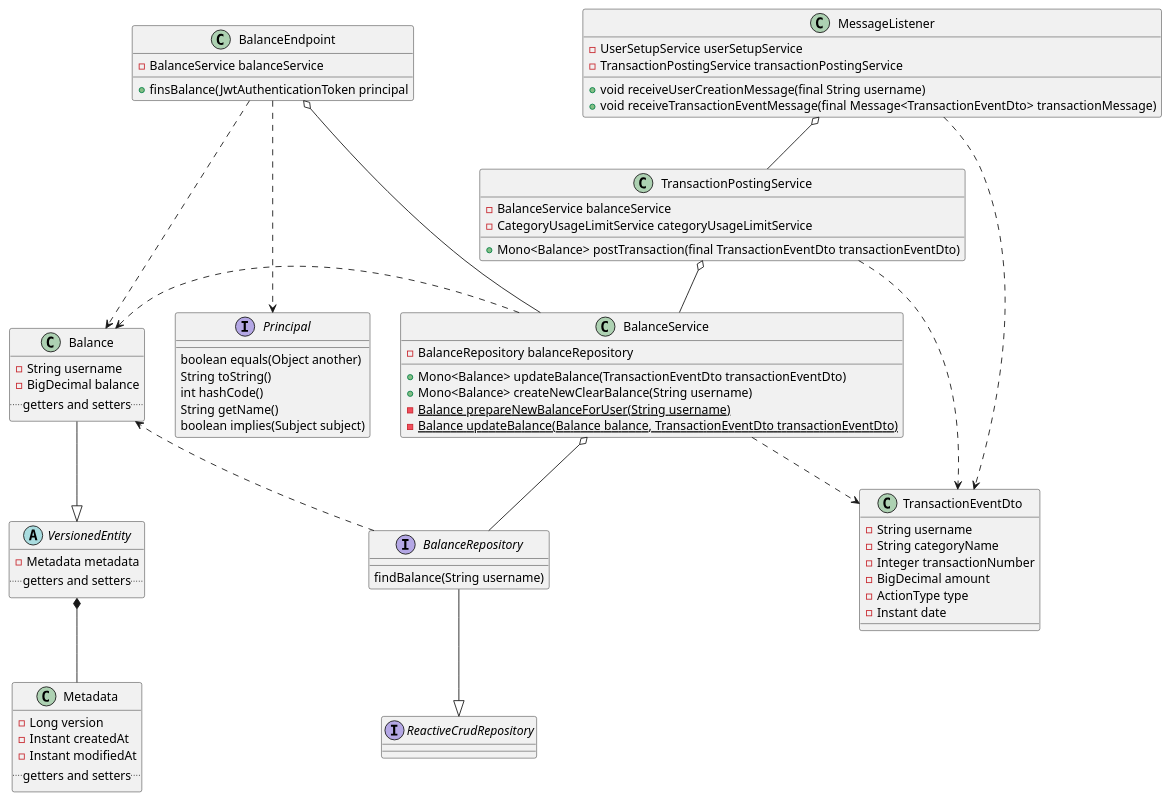
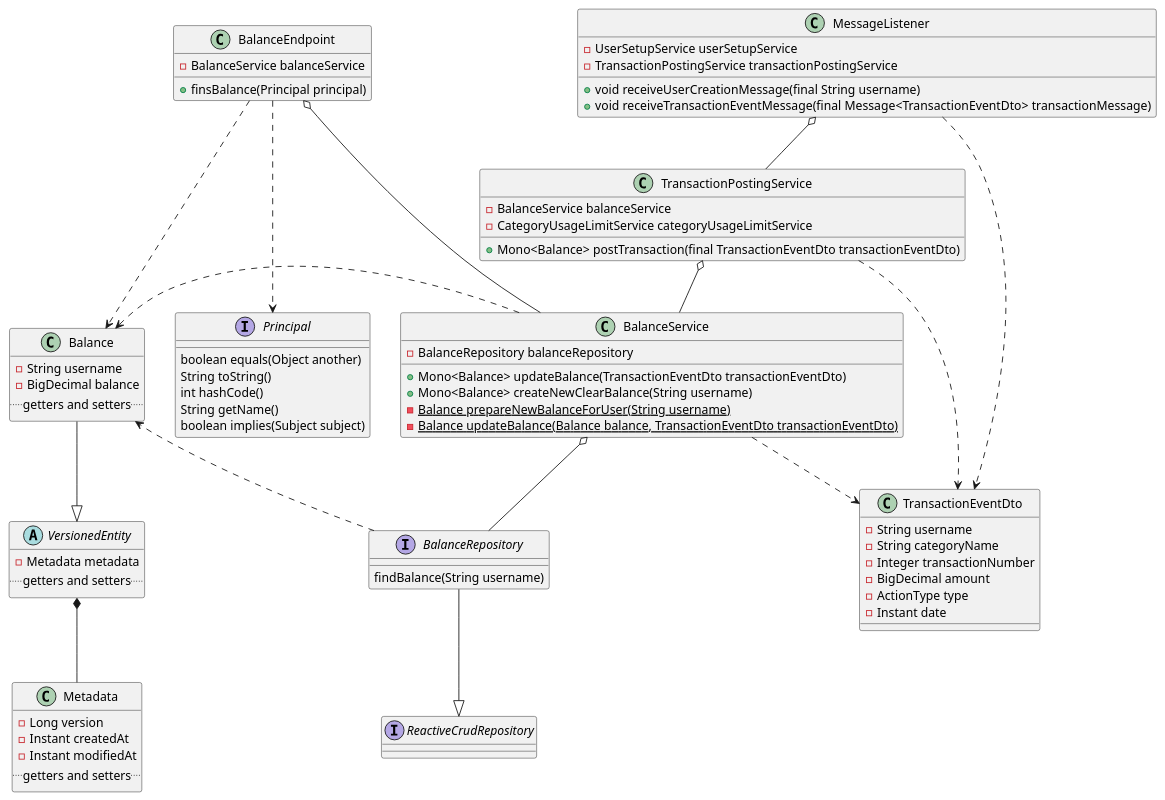
Before and after one commit to lukaszse/simple-bills: the diagram in planning/diagrams/balance-class-doagra.puml, drawn with PlantUML. The commit also changed 2 other files, not shown here.

Commit message:
improve transaction management class diagrams

```diff
--- a/planning/diagrams/balance-class-doagra.puml
+++ b/planning/diagrams/balance-class-doagra.puml
@@ -1,86 +1,86 @@
 @startuml
 'https://plantuml.com/class-diagram
 
 class MessageListener {
     -UserSetupService userSetupService
     -TransactionPostingService transactionPostingService
     +void receiveUserCreationMessage(final String username)
     +void receiveTransactionEventMessage(final Message<TransactionEventDto> transactionMessage)
 }
 
 class TransactionPostingService{
     -BalanceService balanceService
     -CategoryUsageLimitService categoryUsageLimitService
     +Mono<Balance> postTransaction(final TransactionEventDto transactionEventDto)
 }
 
 class BalanceEndpoint {
     -BalanceService balanceService
-    +finsBalance(JwtAuthenticationToken principal
+    +finsBalance(Principal principal)
 }
 
 class Balance {
     -String username
     -BigDecimal balance
     .. getters and setters ..
 }
 
 abstract class VersionedEntity {
     -Metadata metadata
     .. getters and setters ..
 }
 
 class Metadata {
     -Long version
     -Instant createdAt
     -Instant modifiedAt
     .. getters and setters ..
 }
 
 class BalanceService {
     -BalanceRepository balanceRepository
     +Mono<Balance> updateBalance(TransactionEventDto transactionEventDto)
     +Mono<Balance> createNewClearBalance(String username)
     -{static} Balance prepareNewBalanceForUser(String username)
     -{static}Balance updateBalance(Balance balance, TransactionEventDto transactionEventDto)
 }
 
 interface Principal {
     boolean equals(Object another)
     String toString()
     int hashCode()
     String getName()
     boolean implies(Subject subject)
 }
 
 interface BalanceRepository {
     findBalance(String username)
 }
 
 class TransactionEventDto {
         -String username
         -String categoryName
         -Integer transactionNumber
         -BigDecimal amount
         -ActionType type
         -Instant date
 }
 
 interface ReactiveCrudRepository
 
 MessageListener o-- TransactionPostingService
 TransactionPostingService o-- BalanceService
 BalanceEndpoint ...> Principal
 BalanceEndpoint o--- BalanceService
 BalanceEndpoint ..> Balance
 BalanceService .left.> Balance
 BalanceRepository ..> Balance
 BalanceService o-- BalanceRepository
 BalanceRepository --|> ReactiveCrudRepository
 BalanceService ..> TransactionEventDto
 MessageListener ..> TransactionEventDto
 TransactionPostingService ..> TransactionEventDto
 Balance --|> VersionedEntity
 VersionedEntity *-- Metadata
 
 @enduml
```
